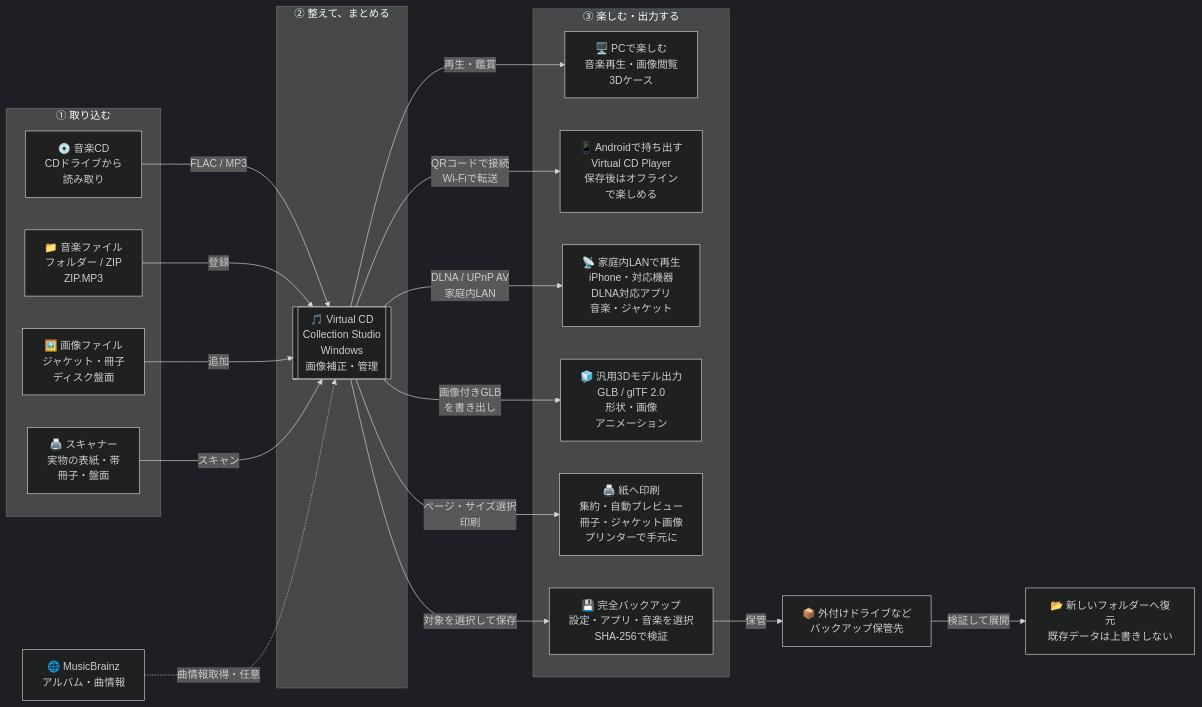
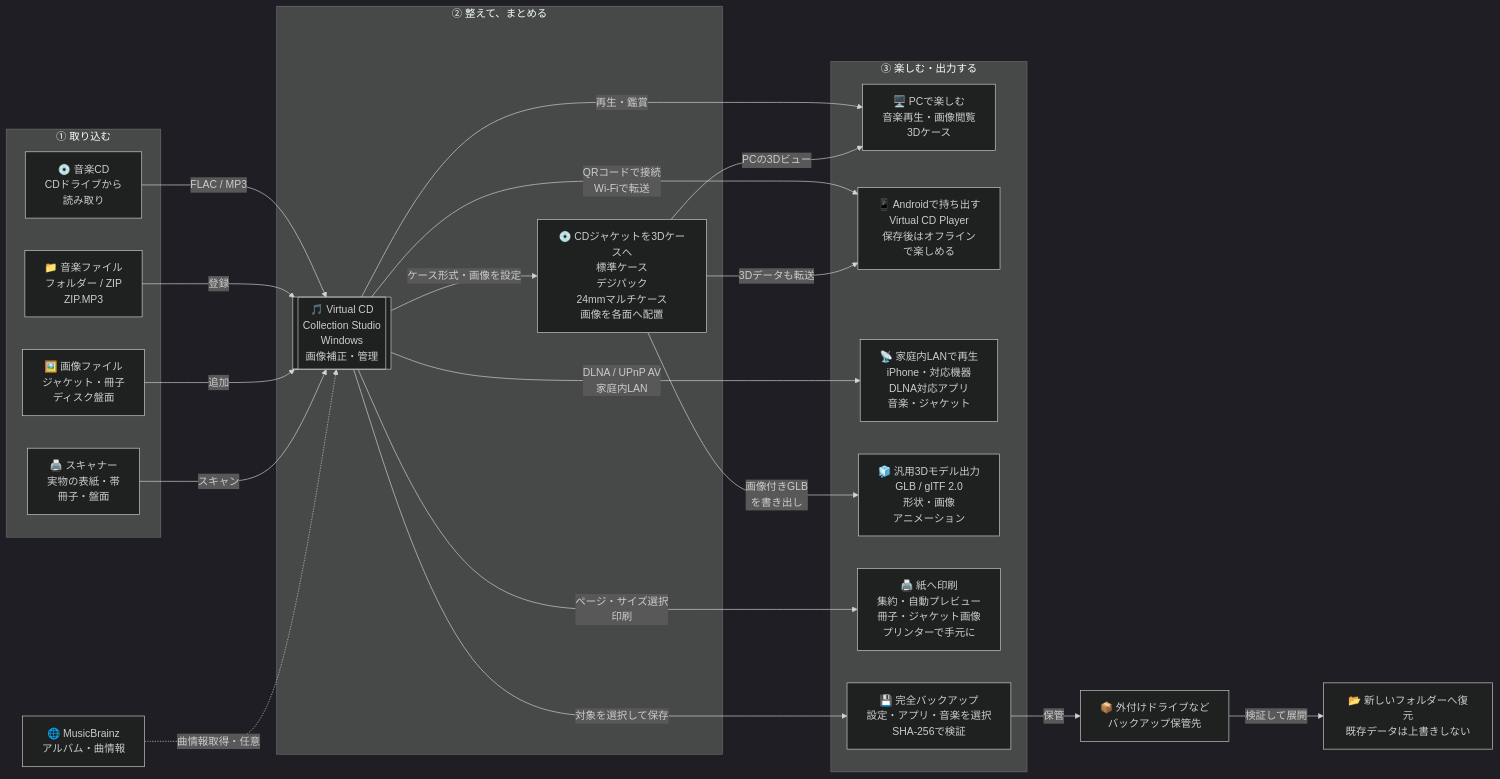
One commit to kksszz/virtual-cd-collection-studio changed the diagram in docs/INTEGRATION_OVERVIEW.md. Above: the diagram before and after it, drawn with Mermaid (dark theme). The commit also changed other lines of this file and 35 other files, not shown here.

````diff
--- a/docs/INTEGRATION_OVERVIEW.md
+++ b/docs/INTEGRATION_OVERVIEW.md
@@ -16,40 +16,44 @@
 ```mermaid
 flowchart LR
     subgraph INPUT["① 取り込む"]
         CD["💿 音楽CD<br/>CDドライブから<br/>読み取り"]
         MUSIC["📁 音楽ファイル<br/>フォルダー / ZIP<br/>ZIP.MP3"]
         IMAGE["🖼️ 画像ファイル<br/>ジャケット・冊子<br/>ディスク盤面"]
         SCANNER["🖨️ スキャナー<br/>実物の表紙・帯<br/>冊子・盤面"]
     end
 
     subgraph LIBRARY["② 整えて、まとめる"]
         APP[["🎵 Virtual CD<br/>Collection Studio<br/>Windows<br/>画像補正・管理"]]
+        CASE["💿 CDジャケットを3Dケースへ<br/>標準ケース<br/>デジパック<br/>24mmマルチケース<br/>画像を各面へ配置"]
     end
 
     subgraph ENJOY["③ 楽しむ・出力する"]
         PC["🖥️ PCで楽しむ<br/>音楽再生・画像閲覧<br/>3Dケース"]
         PHONE["📱 Androidで持ち出す<br/>Virtual CD Player<br/>保存後はオフライン<br/>で楽しめる"]
         DLNA["📡 家庭内LANで再生<br/>iPhone・対応機器<br/>DLNA対応アプリ<br/>音楽・ジャケット"]
         MODEL["🧊 汎用3Dモデル出力<br/>GLB / glTF 2.0<br/>形状・画像<br/>アニメーション"]
         PRINT["🖨️ 紙へ印刷<br/>集約・自動プレビュー<br/>冊子・ジャケット画像<br/>プリンターで手元に"]
         BACKUP["💾 完全バックアップ<br/>設定・アプリ・音楽を選択<br/>SHA-256で検証"]
     end
 
     STORE["📦 外付けドライブなど<br/>バックアップ保管先"]
     RECOVER["📂 新しいフォルダーへ復元<br/>既存データは上書きしない"]
 
     META["🌐 MusicBrainz<br/>アルバム・曲情報"]
     CD -->|"FLAC / MP3"| APP
     MUSIC -->|"登録"| APP
     IMAGE -->|"追加"| APP
     SCANNER -->|"スキャン"| APP
     META -.->|"曲情報取得・任意"| APP
+    APP -->|"ケース形式・画像を設定"| CASE
     APP -->|"再生・鑑賞"| PC
     APP -->|"QRコードで接続<br/>Wi-Fiで転送"| PHONE
     APP -->|"DLNA / UPnP AV<br/>家庭内LAN"| DLNA
-    APP -->|"画像付きGLB<br/>を書き出し"| MODEL
+    CASE -->|"PCの3Dビュー"| PC
+    CASE -->|"3Dデータも転送"| PHONE
+    CASE -->|"画像付きGLB<br/>を書き出し"| MODEL
     APP -->|"ページ・サイズ選択<br/>印刷"| PRINT
     APP -->|"対象を選択して保存"| BACKUP
     BACKUP -->|"保管"| STORE
     STORE -->|"検証して展開"| RECOVER
 ```
````
